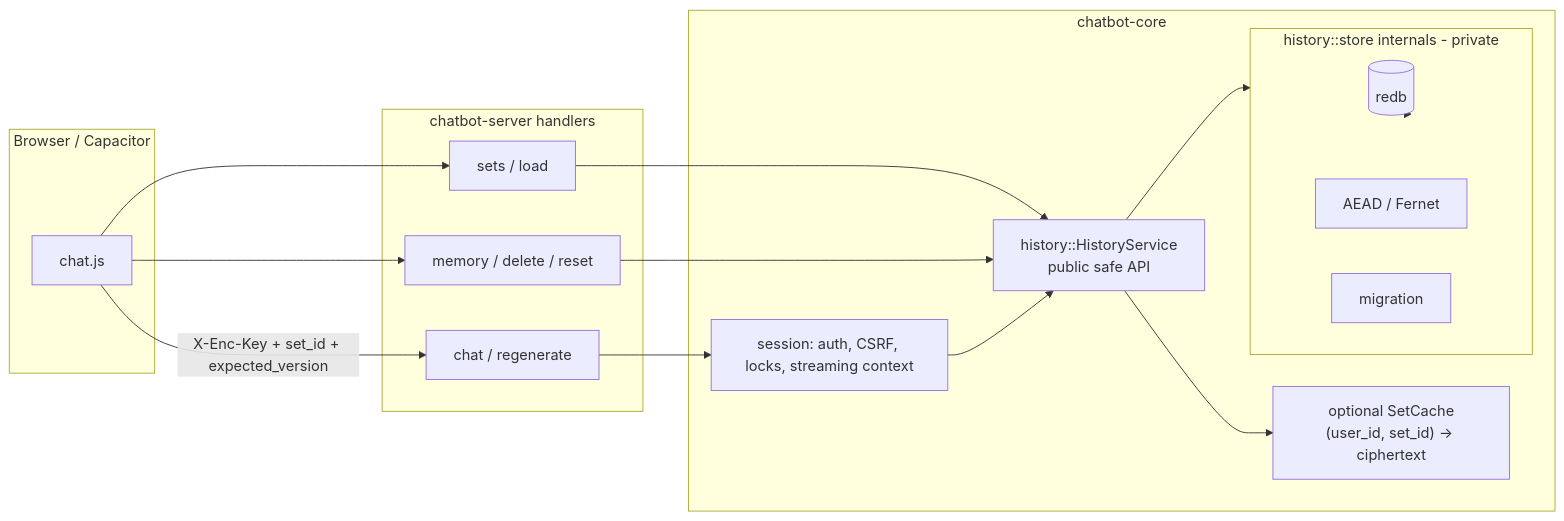
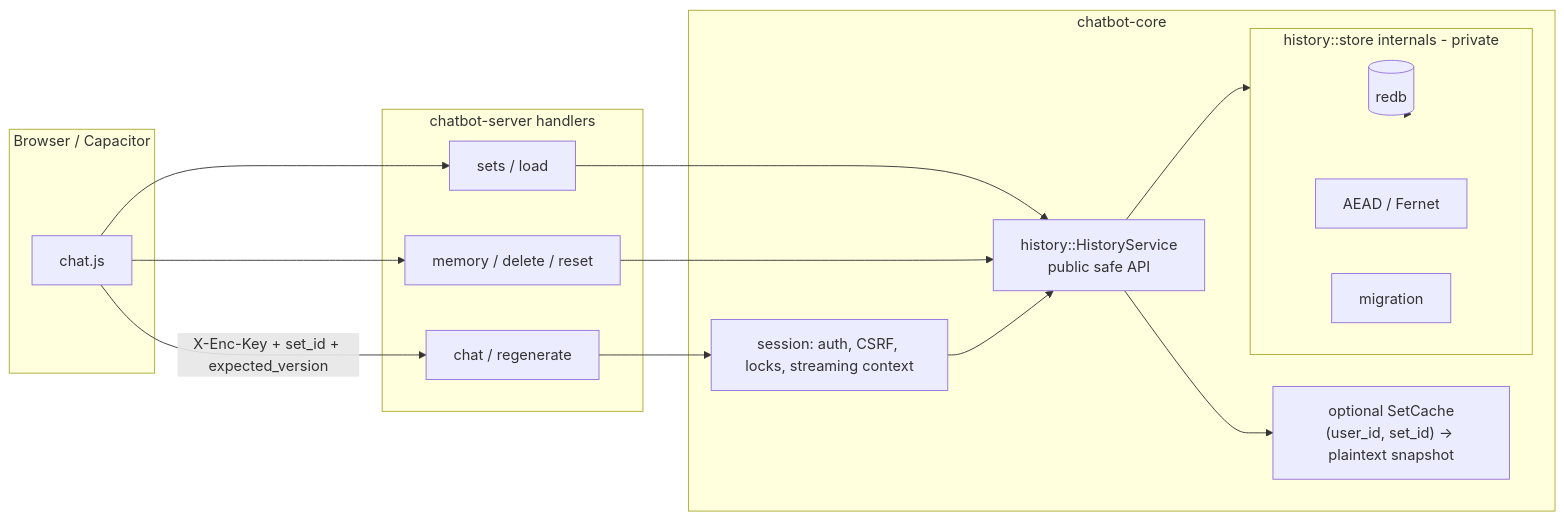
Before and after one commit to Soren8/chatbot-rust: the second of 4 diagrams in docs/design-history-store.md, drawn with Mermaid. The commit also changed other lines of this file and 13 other files, not shown here.

````diff
--- a/docs/design-history-store.md
+++ b/docs/design-history-store.md
@@ -156,31 +156,31 @@
 ```mermaid
 flowchart LR
   subgraph client [Browser / Capacitor]
     UI[chat.js]
   end
   subgraph server [chatbot-server handlers]
     HChat[chat / regenerate]
     HSets[sets / load]
     HMem[memory / delete / reset]
   end
   subgraph core [chatbot-core]
     Sess[session: auth, CSRF, locks, streaming context]
     HistAPI["history::HistoryService<br/>public safe API"]
     subgraph sealed [history::store internals - private]
       Redb[(redb)]
       Crypto[AEAD / Fernet]
       Mig[migration]
     end
-    Cache["optional SetCache<br/>(user_id, set_id) → ciphertext"]
+    Cache["optional SetCache<br/>(user_id, set_id) → plaintext snapshot"]
   end
   UI -->|X-Enc-Key + set_id + expected_version| HChat
   UI --> HSets
   UI --> HMem
   HChat --> Sess
   HSets --> HistAPI
   HMem --> HistAPI
   Sess --> HistAPI
   HistAPI --> sealed
   HistAPI --> Cache
   sealed --> Redb
 ```
````
